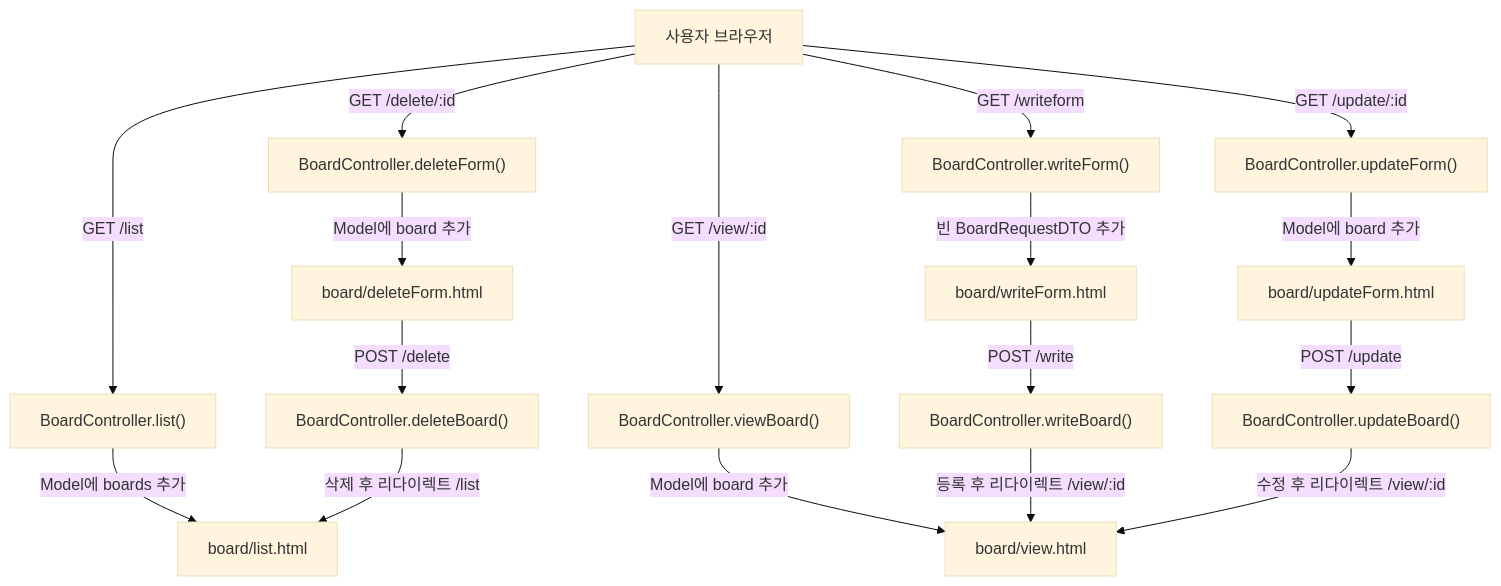
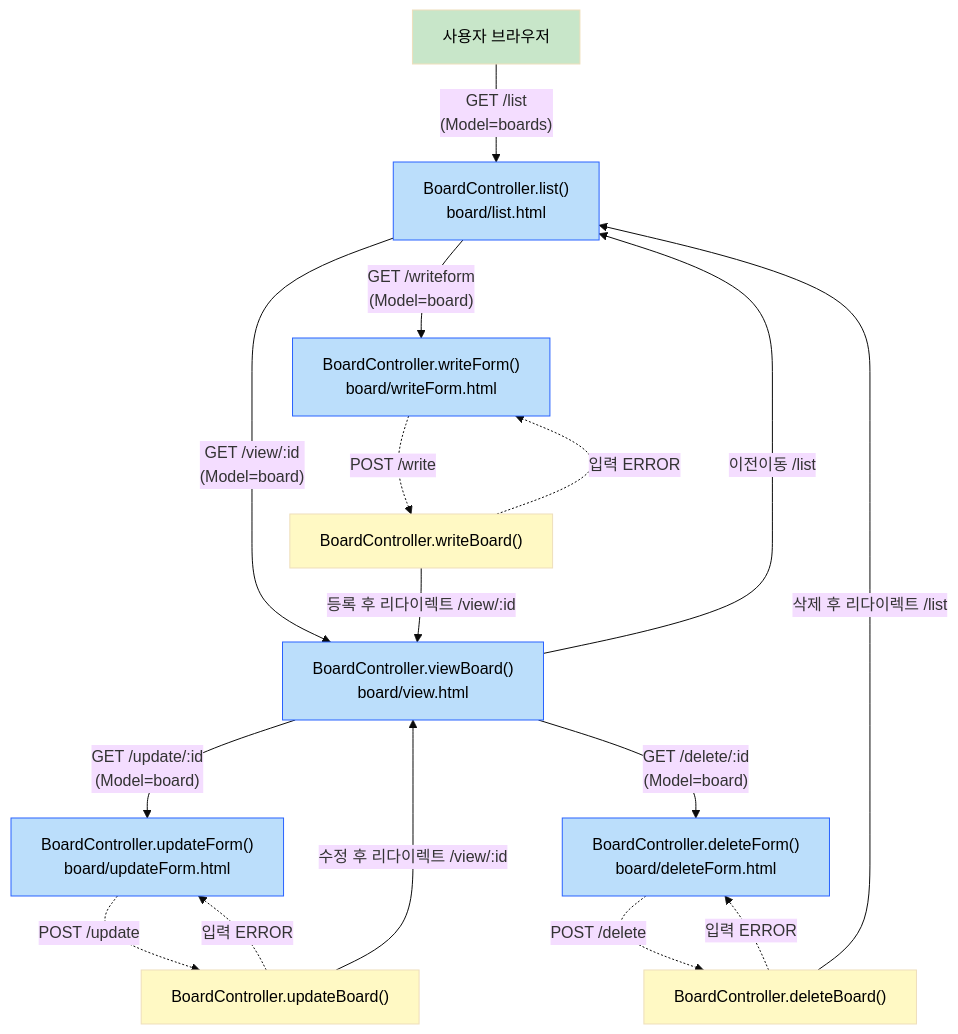
Before and after one commit to star1431/backend: the second of 2 diagrams in src/week_10/_1021/1021내용.md, drawn with Mermaid (base theme). The commit also changed 5 other files, not shown here.

````diff
--- a/src/week_10/_1021/1021내용.md
+++ b/src/week_10/_1021/1021내용.md
@@ -224,23 +224,32 @@
 ```mermaid
-graph TD
-    A["사용자 브라우저"] -->|GET /list| B["BoardController.list()"]
-    B -->|Model에 boards 추가| C["board/list.html"]
+---
+config:
+  layout: dagre
+---
+flowchart TD
+    A["사용자 브라우저"] -- "GET /list<br>(Model=boards)" --> B["BoardController.list()<br>board/list.html"]
+    B -- "GET /view/:id<br>(Model=board)" --> C["BoardController.viewBoard()<br>board/view.html"]
+    C -- 이전이동 /list --> B
+    B -- "GET /writeform<br>(Model=board)" --> D["BoardController.writeForm()<br>board/writeForm.html"]
+    D -. POST /write .-> E["BoardController.writeBoard()"]
+    E -. 입력 ERROR .-> D
+    E -- 등록 후 리다이렉트 /view/:id --> C
+    C -- "GET /update/:id<br>(Model=board)" --> F["BoardController.updateForm()<br>board/updateForm.html"]
+    F -. POST /update .-> G["BoardController.updateBoard()"]
+    G -. 입력 ERROR .-> F
+    G -- 수정 후 리다이렉트 /view/:id --> C
+    C -- "GET /delete/:id<br>(Model=board)" --> H["BoardController.deleteForm()<br>board/deleteForm.html"]
+    H -. POST /delete .-> I["BoardController.deleteBoard()"]
+    I -. 입력 ERROR .-> H
+    I -- 삭제 후 리다이렉트 /list --> B
+    style A fill:#C8E6C9,color:#000000
+    style B fill:#BBDEFB,color:#000000,stroke:#2962FF
+    style C fill:#BBDEFB,stroke:#2962FF,color:#000000
+    style D fill:#BBDEFB,stroke:#2962FF,color:#000000
+    style E fill:#FFF9C4,color:#000000
+    style F color:#000000,fill:#BBDEFB,stroke:#2962FF
+    style G fill:#FFF9C4,color:#000000
+    style H fill:#BBDEFB,stroke:#2962FF,color:#000000
+    style I fill:#FFF9C4,color:#000000
 
-    A -->|GET /view/:id| D["BoardController.viewBoard()"]
-    D -->|Model에 board 추가| E["board/view.html"]
-
-    A -->|GET /writeform| F["BoardController.writeForm()"]
-    F -->|빈 BoardRequestDTO 추가| G["board/writeForm.html"]
-    G -->|POST /write| H["BoardController.writeBoard()"]
-    H -->|등록 후 리다이렉트 /view/:id| E
-
-    A -->|GET /update/:id| I["BoardController.updateForm()"]
-    I -->|Model에 board 추가| J["board/updateForm.html"]
-    J -->|POST /update| K["BoardController.updateBoard()"]
-    K -->|수정 후 리다이렉트 /view/:id| E
-
-    A -->|GET /delete/:id| L["BoardController.deleteForm()"]
-    L -->|Model에 board 추가| M["board/deleteForm.html"]
-    M -->|POST /delete| N["BoardController.deleteBoard()"]
-    N -->|삭제 후 리다이렉트 /list| C
 ```
````
